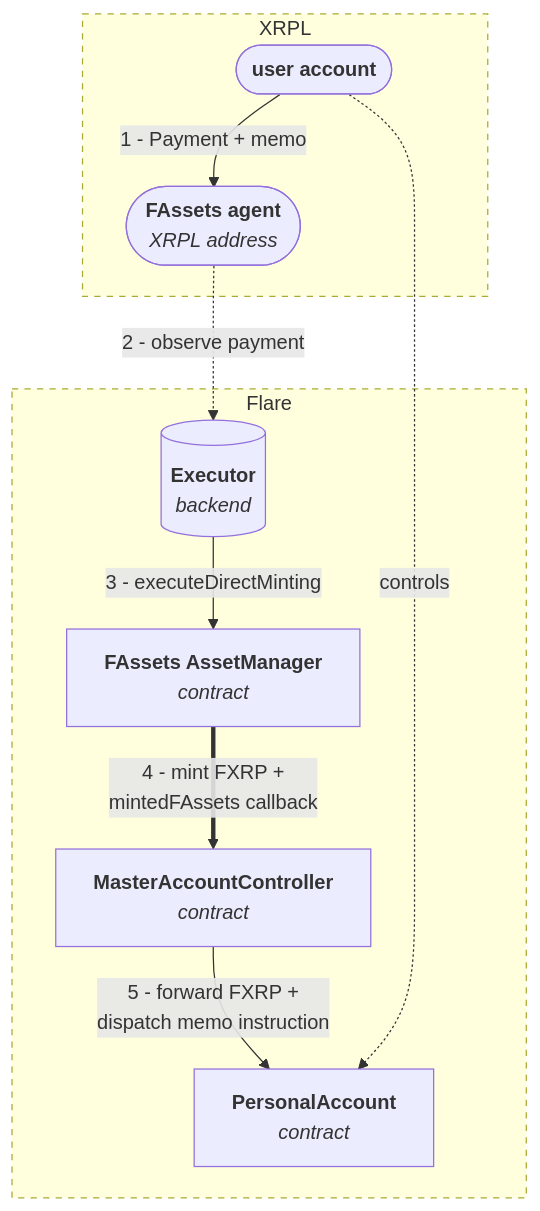
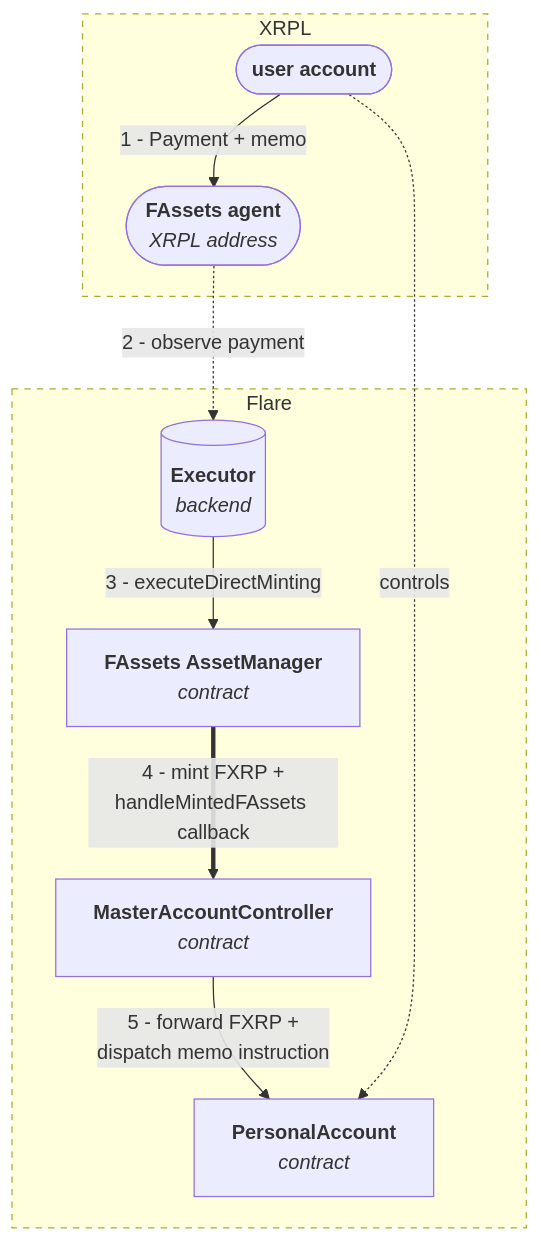
The diagram in docs/smart-accounts/1-overview.mdx (flare-foundation/developer-hub), drawn with Mermaid before and after one commit. The commit also changed other lines of this file and 9 other files, not shown here.

````diff
--- a/docs/smart-accounts/1-overview.mdx
+++ b/docs/smart-accounts/1-overview.mdx
@@ -58,24 +58,24 @@
 ```mermaid
 graph TB
  subgraph XRPL["XRPL"]
  User(["<b>user account</b>"])
  Agent(["<b>FAssets agent</b><br/><i>XRPL address</i>"])
  end
 
  subgraph Flare["Flare"]
  Executor[("<b>Executor</b><br/><i>backend</i>")]
  AssetManager["<b>FAssets AssetManager</b><br/><i>contract</i>"]
- MAC["<b>MasterAccountController</b><br/><i>contract</i>"]
- PA["<b>PersonalAccount</b><br/><i>contract</i>"]
+ MasterAccountController["<b>MasterAccountController</b><br/><i>contract</i>"]
+ PersonalAccount["<b>PersonalAccount</b><br/><i>contract</i>"]
  end
 
  User -- "1 - Payment + memo" --> Agent
  Agent -. "2 - observe payment" .-> Executor
  Executor -- "3 - executeDirectMinting" --> AssetManager
- AssetManager == "4 - mint FXRP +<br/>mintedFAssets callback" ==> MAC
- MAC -- "5 - forward FXRP +<br/>dispatch memo instruction" --> PA
- User -. "controls" .-> PA
+ AssetManager == "4 - mint FXRP +<br/>handleMintedFAssets callback" ==> MasterAccountController
+ MasterAccountController -- "5 - forward FXRP +<br/>dispatch memo instruction" --> PersonalAccount
+ User -. "controls" .-> PersonalAccount
 
  style Flare stroke-dasharray: 5 5
  style XRPL stroke-dasharray: 5 5
 ```
````
